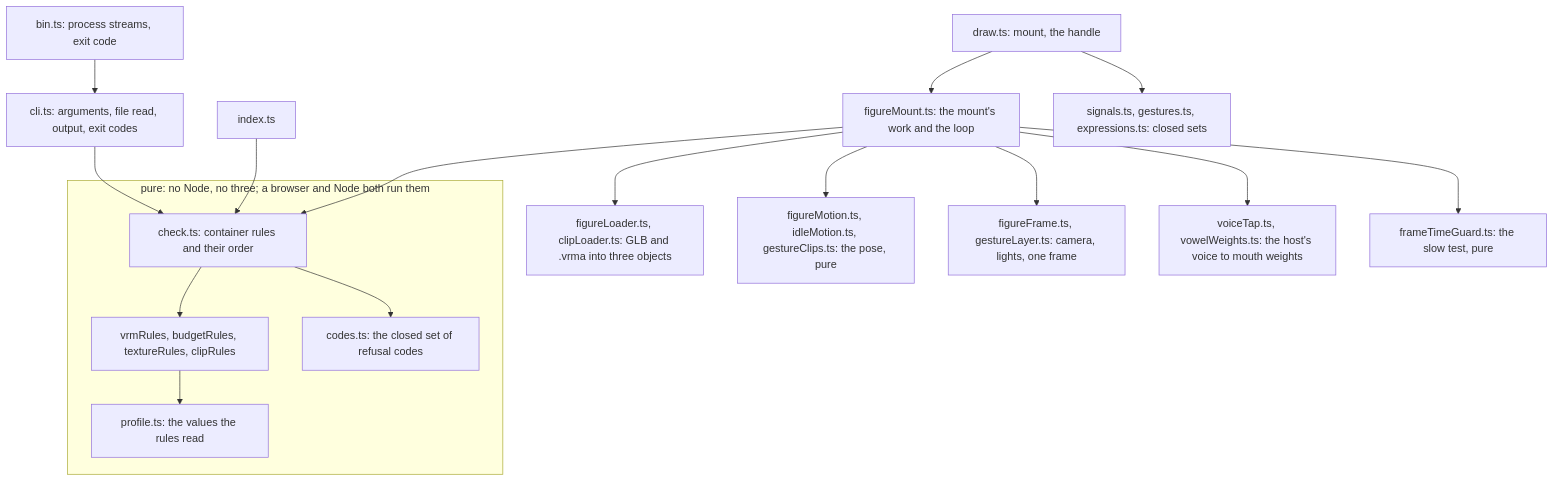
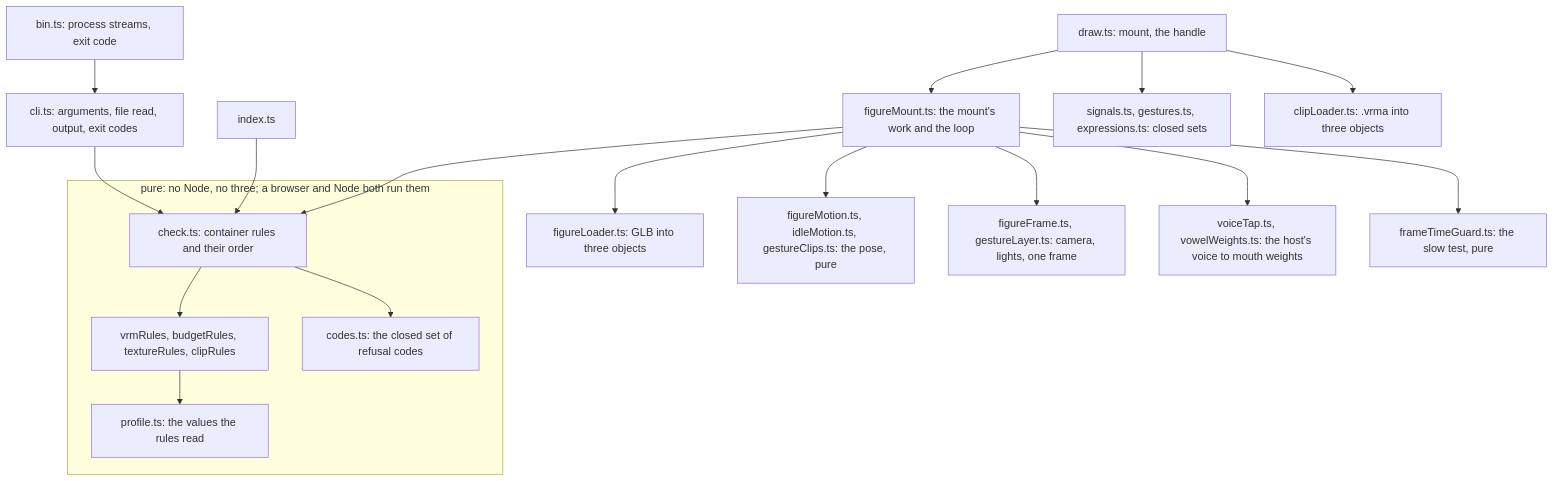
The second of 4 diagrams in docs/ARCHITECTURE.md (overnightworks/figure), drawn with Mermaid before and after one commit. The commit also changed other lines of this file, not shown here.

Commit message:
Keep the forearm fold on reduced motion and the clip loader's draw edge in ARCHITECTURE.md
The reduced-motion bullet of section 2 lost the chin share returning to
the chin at the thinking look's rate, the forearm folding ahead of the
upper arm, also when the page lifts reduced motion on the way; figureMotion.ts
still does this. The module diagram drew figureMount --> clipLoader, but
figureMount.ts does not import clipLoader.ts: draw.ts injects loadClip into
mountWithClipLoad. The diagram now draws draw --> clipLoader, and figureMount
keeps figureLoader.ts alone. Fixes review findings on PR #91 (item #88).

````diff
--- a/docs/ARCHITECTURE.md
+++ b/docs/ARCHITECTURE.md
@@ -22,19 +22,19 @@
 ```mermaid
 flowchart TD
     bin["bin.ts: process streams, exit code"] --> cli["cli.ts: arguments, file read, output, exit codes"]
     cli --> check
     subgraph pure["pure: no Node, no three; a browser and Node both run them"]
         check["check.ts: container rules and their order"] --> rules["vrmRules, budgetRules, textureRules, clipRules"]
         rules --> profile["profile.ts: the values the rules read"]
         check --> codes["codes.ts: the closed set of refusal codes"]
     end
     index["index.ts"] --> check
     draw["draw.ts: mount, the handle"] --> figureMount["figureMount.ts: the mount's work and the loop"]
     figureMount --> check
-    figureMount --> loaders["figureLoader.ts, clipLoader.ts: GLB and .vrma into three objects"]
+    figureMount --> loaders["figureLoader.ts: GLB into three objects"]
     figureMount --> motion["figureMotion.ts, idleMotion.ts, gestureClips.ts: the pose, pure"]
     figureMount --> frame["figureFrame.ts, gestureLayer.ts: camera, lights, one frame"]
     figureMount --> voice["voiceTap.ts, vowelWeights.ts: the host's voice to mouth weights"]
     figureMount --> guard["frameTimeGuard.ts: the slow test, pure"]
-    draw --> signals["signals.ts, gestures.ts, expressions.ts: closed sets"]
+    draw --> signals["signals.ts, gestures.ts, expressions.ts: closed sets"] & clipLoader["clipLoader.ts: .vrma into three objects"]
 ```
````
